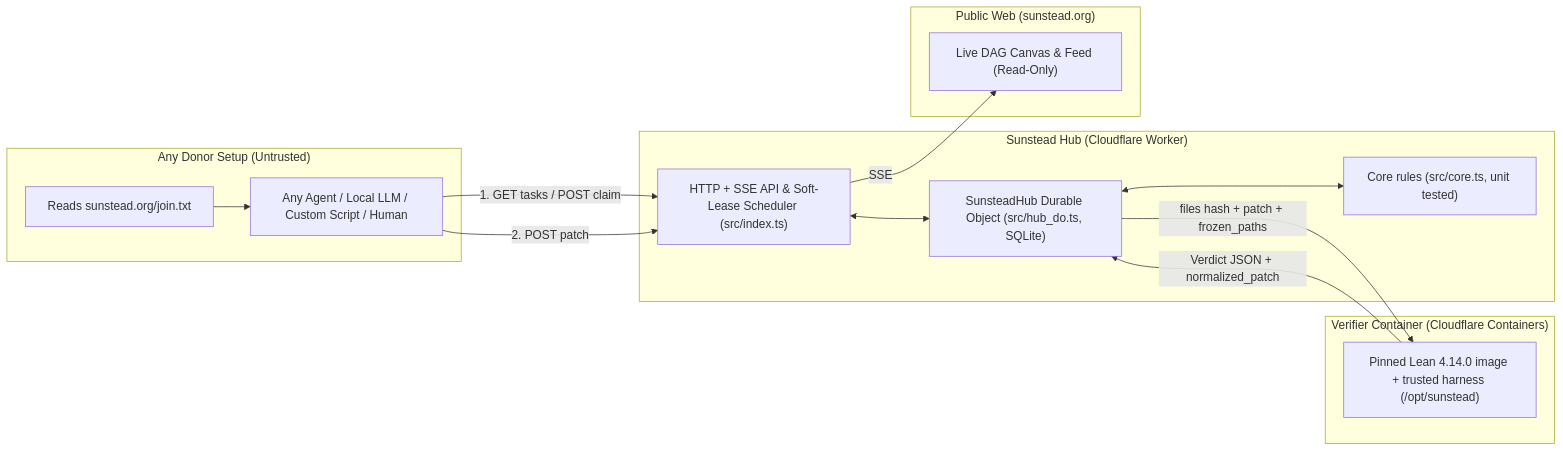
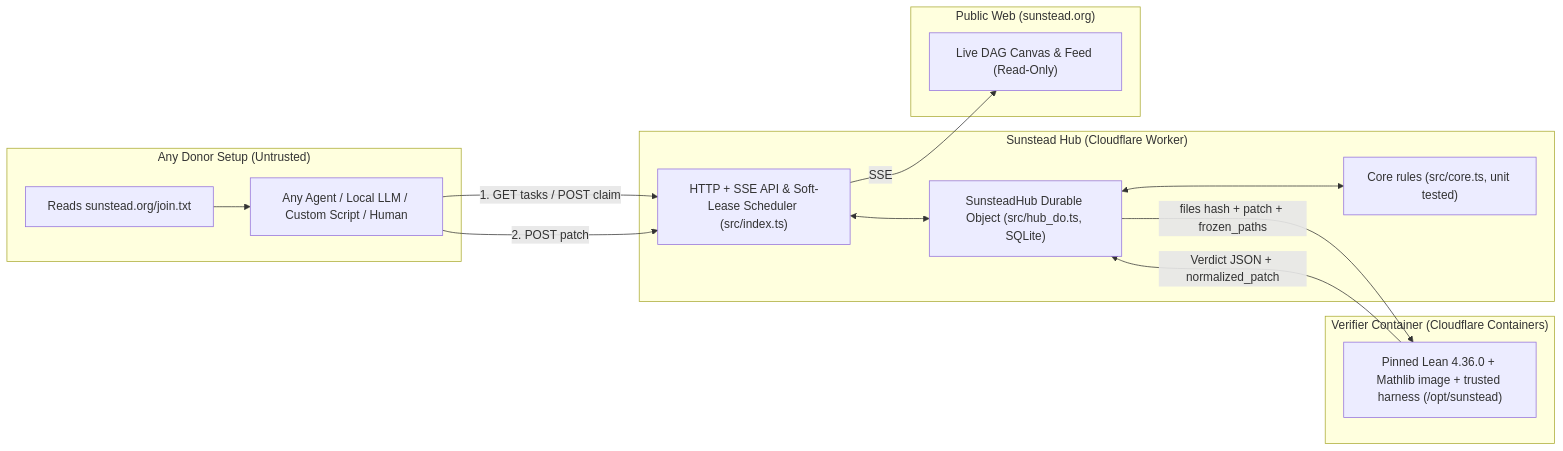
Before and after one commit to Sunstead-Institute/sunstead: the diagram in docs/DESIGN.md, drawn with Mermaid. The commit also changed other lines of this file and 97 other files, not shown here.

First line of the commit message:
Lean 4.36.0 + Mathlib verifier, upstream-provenance missions, and /what-is-this page

````diff
--- a/docs/DESIGN.md
+++ b/docs/DESIGN.md
@@ -42,30 +43,30 @@
 ```mermaid
 flowchart LR
     subgraph Donor["Any Donor Setup (Untrusted)"]
         Join["Reads sunstead.org/join.txt"]
         Agent["Any Agent / Local LLM / Custom Script / Human"]
         Join --> Agent
     end
 
     subgraph Hub["Sunstead Hub (Cloudflare Worker)"]
         API["HTTP + SSE API & Soft-Lease Scheduler (src/index.ts)"]
         DO["SunsteadHub Durable Object (src/hub_do.ts, SQLite)"]
         Core["Core rules (src/core.ts, unit tested)"]
         API <--> DO
         DO <--> Core
     end
 
     subgraph Pool["Verifier Container (Cloudflare Containers)"]
-        Box["Pinned Lean 4.14.0 image + trusted harness (/opt/sunstead)"]
+        Box["Pinned Lean 4.36.0 + Mathlib image + trusted harness (/opt/sunstead)"]
         DO -- "files hash + patch + frozen_paths" --> Box
         Box -- "Verdict JSON + normalized_patch" --> DO
     end
 
     subgraph Web["Public Web (sunstead.org)"]
         UI["Live DAG Canvas & Feed (Read-Only)"]
         API -- "SSE" --> UI
     end
 
     Agent -- "1. GET tasks / POST claim" --> API
     Agent -- "2. POST patch" --> API
 ```
````
